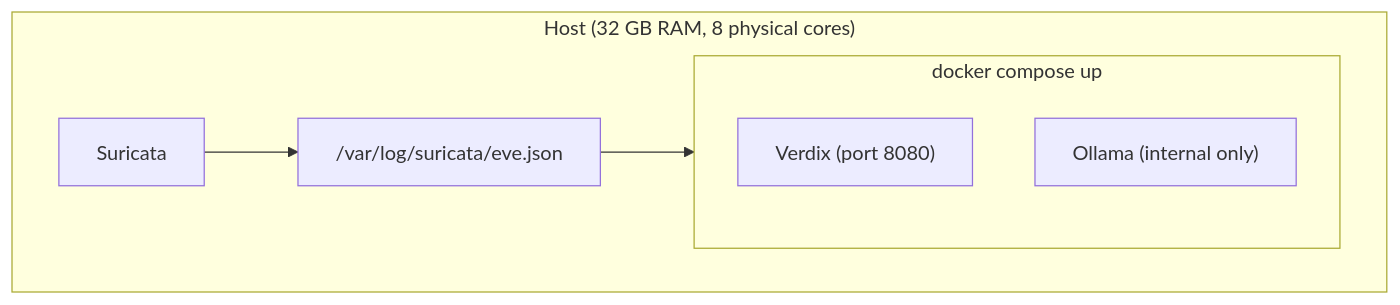
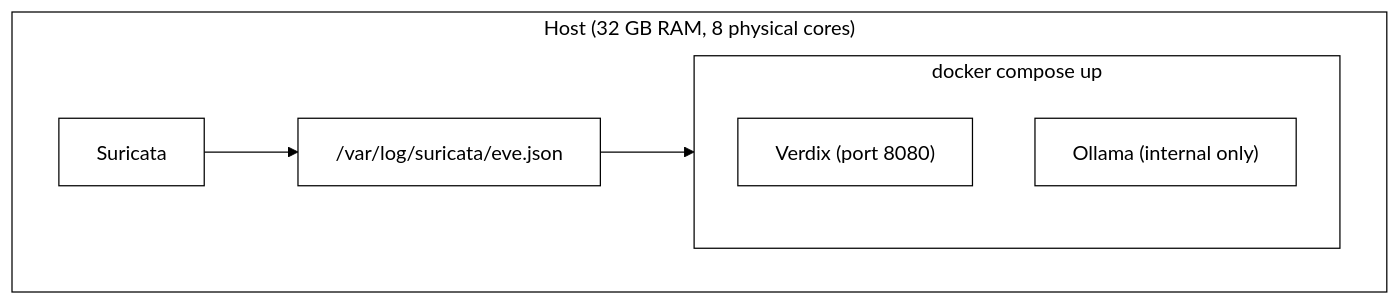
Before and after one commit to verdixsec/verdix: the first of 3 diagrams in docs/DEPLOYMENT.md, drawn with Mermaid. The commit also changed other lines of this file, not shown here.

````diff
--- a/docs/DEPLOYMENT.md
+++ b/docs/DEPLOYMENT.md
@@ -90,11 +85,16 @@
 ```mermaid
 flowchart TB
     subgraph host["Host (32 GB RAM, 8 physical cores)"]
         suricata["Suricata"] --> eve["/var/log/suricata/eve.json"]
         eve --> compose
         subgraph compose["docker compose up"]
             verdix["Verdix (port 8080)"]
             ollama["Ollama (internal only)"]
         end
     end
+    classDef bw fill:#ffffff,stroke:#000000,color:#000000;
+    class suricata,eve,verdix,ollama bw;
+    style host fill:#ffffff,stroke:#000000,color:#000000
+    style compose fill:#ffffff,stroke:#000000,color:#000000
+    linkStyle default stroke:#000000,color:#000000
 ```
````
